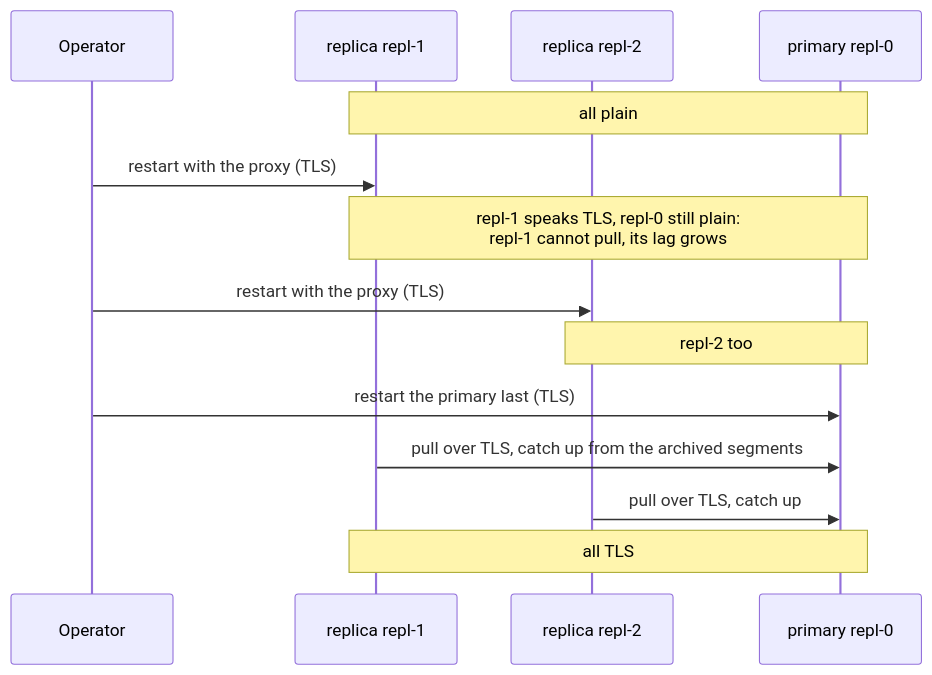
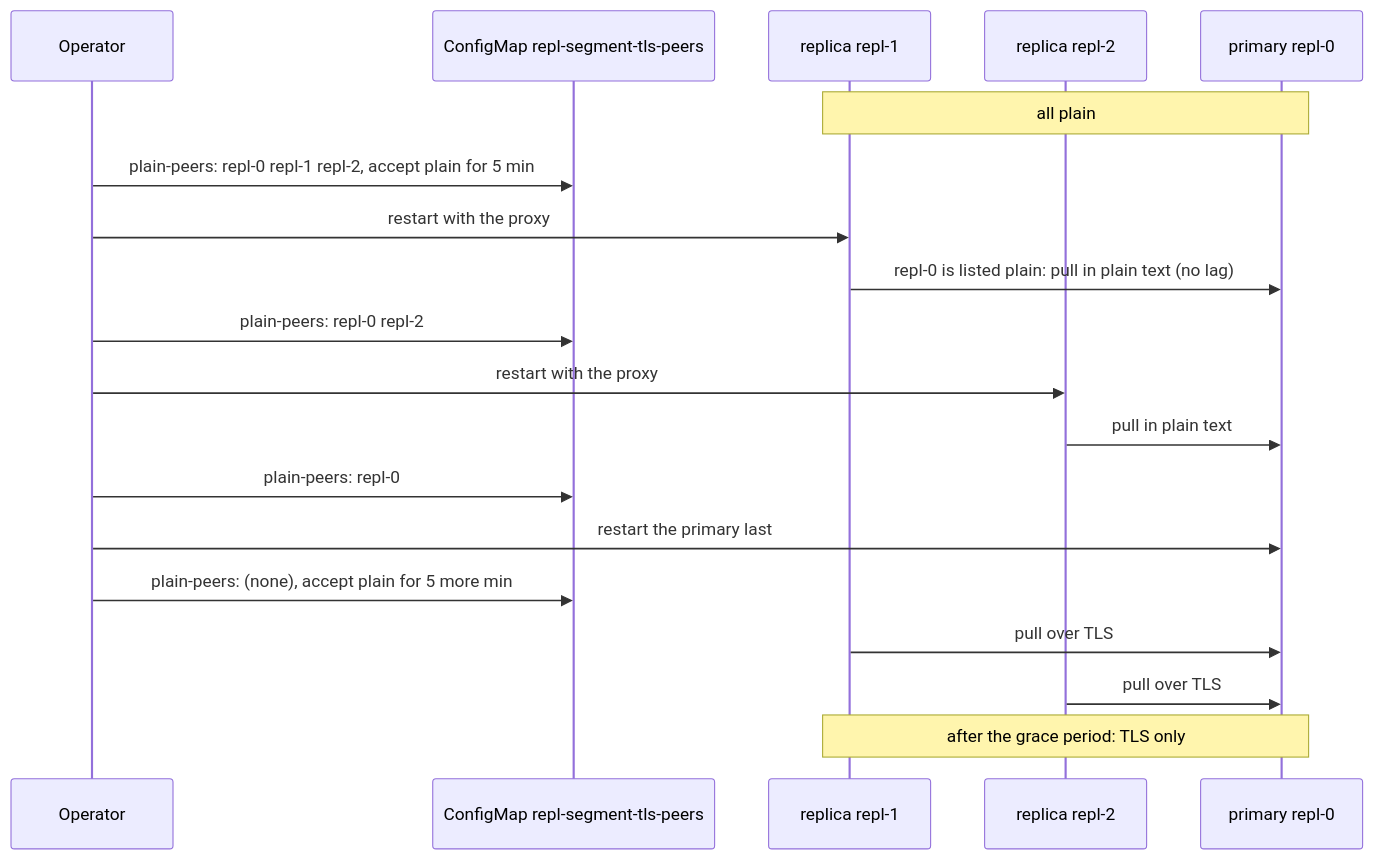
One commit to mariuz/cloudnative-firebird changed the fourth of 4 diagrams in docs/segment-tls.md. Above: the diagram before and after it, drawn with Mermaid. The commit also changed other lines of this file and 10 other files, not shown here.

First line of the commit message:
Switch segment TLS without replica lag (v0.76.0)

````diff
--- a/docs/segment-tls.md
+++ b/docs/segment-tls.md
@@ -283,17 +297,22 @@
 ```mermaid
 sequenceDiagram
   participant Op as Operator
+  participant CM as ConfigMap repl-segment-tls-peers
   participant R1 as replica repl-1
   participant R2 as replica repl-2
   participant P as primary repl-0
 
   Note over R1,P: all plain
-  Op->>R1: restart with the proxy (TLS)
-  Note over R1,P: repl-1 speaks TLS, repl-0 still plain:<br/>repl-1 cannot pull, its lag grows
-  Op->>R2: restart with the proxy (TLS)
-  Note over R2,P: repl-2 too
-  Op->>P: restart the primary last (TLS)
-  R1->>P: pull over TLS, catch up from the archived segments
-  R2->>P: pull over TLS, catch up
-  Note over R1,P: all TLS
+  Op->>CM: plain-peers: repl-0 repl-1 repl-2, accept plain for 5 min
+  Op->>R1: restart with the proxy
+  R1->>P: repl-0 is listed plain: pull in plain text (no lag)
+  Op->>CM: plain-peers: repl-0 repl-2
+  Op->>R2: restart with the proxy
+  R2->>P: pull in plain text
+  Op->>CM: plain-peers: repl-0
+  Op->>P: restart the primary last
+  Op->>CM: plain-peers: (none), accept plain for 5 more min
+  R1->>P: pull over TLS
+  R2->>P: pull over TLS
+  Note over R1,P: after the grace period: TLS only
 ```
````
